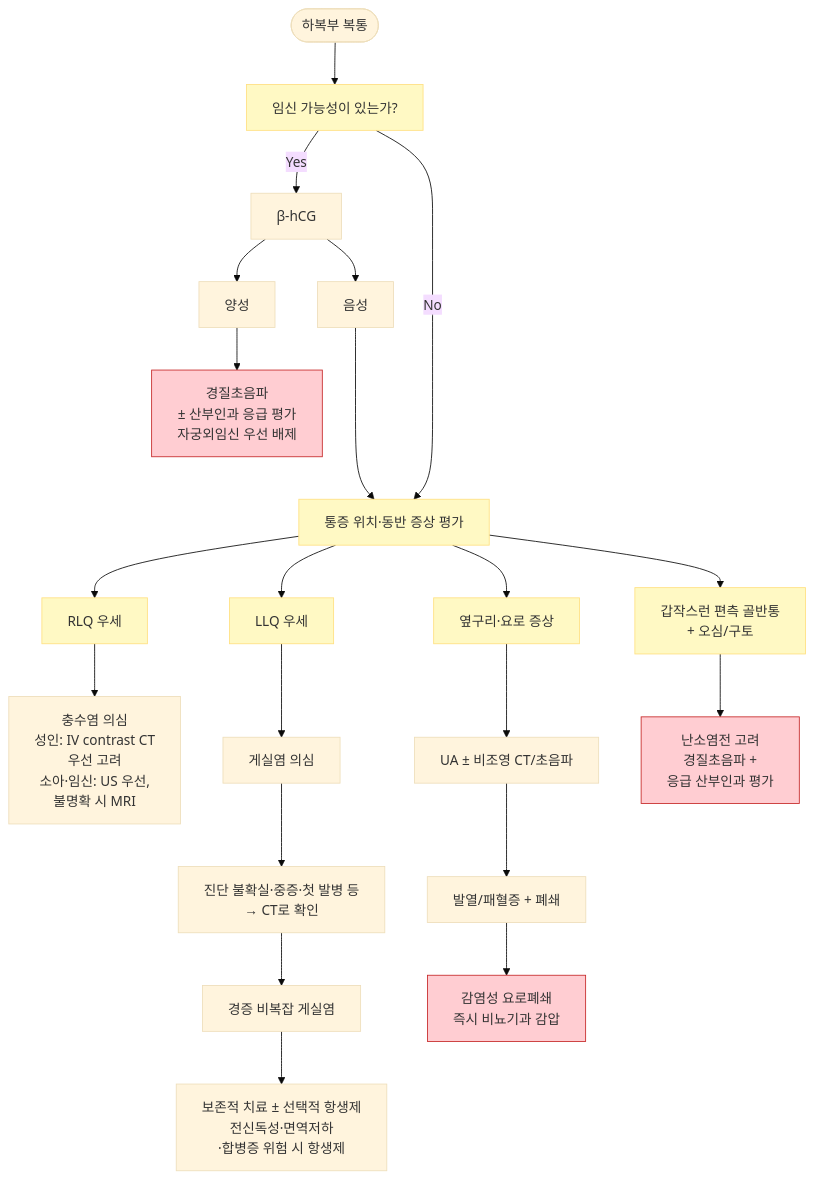
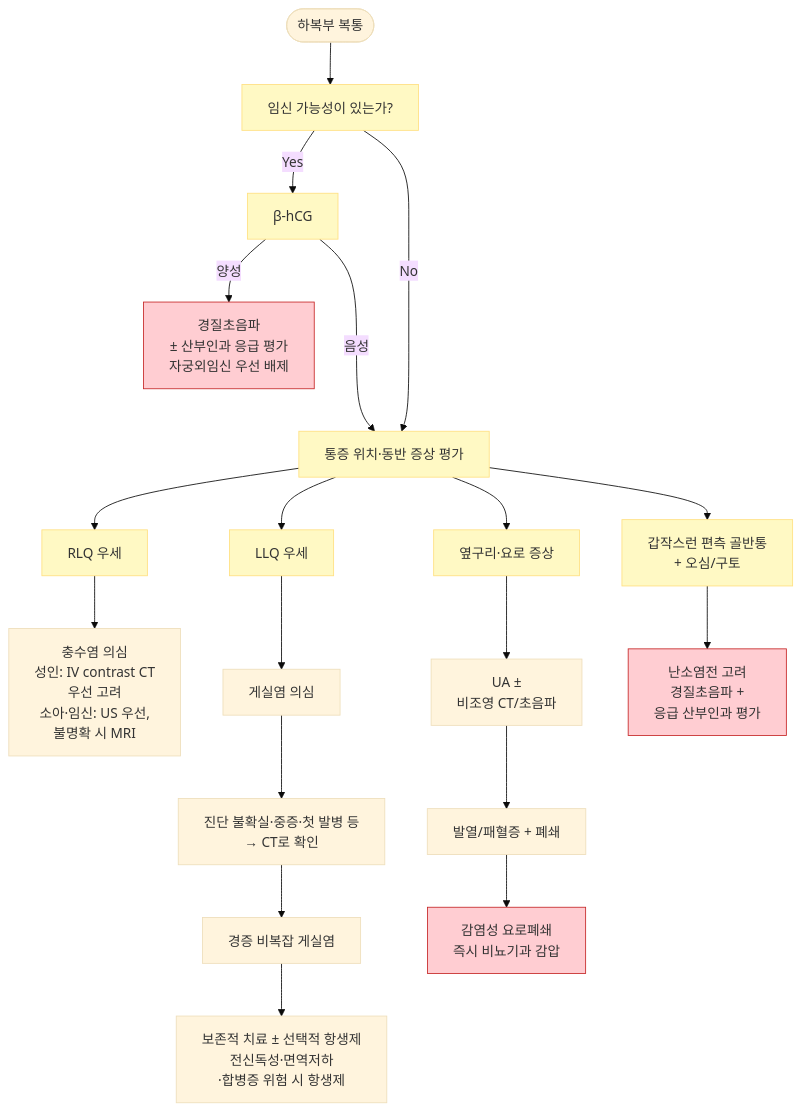
Before and after one commit to familyoh77/familyoh77: the second of 3 diagrams in 220_/003_-abdominal-pain.md, drawn with Mermaid (base theme). The commit also changed other lines of this file, not shown here.

````diff
--- a/220_/003_-abdominal-pain.md
+++ b/220_/003_-abdominal-pain.md
@@ -218,27 +237,26 @@
 ```mermaid
 flowchart TD
     A([하복부 복통]) --> B["임신 가능성이 있는가?"]
     B -- Yes --> C["β-hCG"]
-    C --> D["양성"]
-    D --> E["경질초음파 <br>± 산부인과 응급 평가<br>자궁외임신 우선 배제"]
-    C --> F["음성"]
+    C -- "양성" --> E["경질초음파 <br>± 산부인과 응급 평가<br>자궁외임신 우선 배제"]
+    C -- "음성" ---> G
     B -- No ---> G["통증 위치·동반 증상 평가"]
-    F ---> G
+
     G --> H["RLQ 우세"]
     H --> I["충수염 의심<br>성인: IV contrast CT <br>우선 고려<br>소아·임신: US 우선, <br>불명확 시 MRI"]
     G --> J["LLQ 우세"]
     J --> K["게실염 의심"]
     K --> L["진단 불확실·중증·첫 발병 등<br>→ CT로 확인"]
     L --> M["경증 비복잡 게실염"]
     M --> N["보존적 치료 ± 선택적 항생제<br>전신독성·면역저하<br>·합병증 위험 시 항생제"]
     G --> O["옆구리·요로 증상"]
-    O --> P["UA ± 비조영 CT/초음파"]
+    O --> P["UA ± <br>비조영 CT/초음파"]
     P --> Q["발열/패혈증 + 폐쇄"]
     Q --> R["감염성 요로폐쇄<br>즉시 비뇨기과 감압"]
     G --> S["갑작스런 편측 골반통<br> + 오심/구토"]
     S --> T["난소염전 고려<br>경질초음파 + <br>응급 산부인과 평가"]
     classDef red fill:#ffcdd2,stroke:#c62828
     class E,R,T red
     classDef yellow fill:#fff9c4,stroke:#ffe082
-    class B,G,H,J,O,S yellow
+    class B,G,H,J,O,S,C yellow
 ```
````
